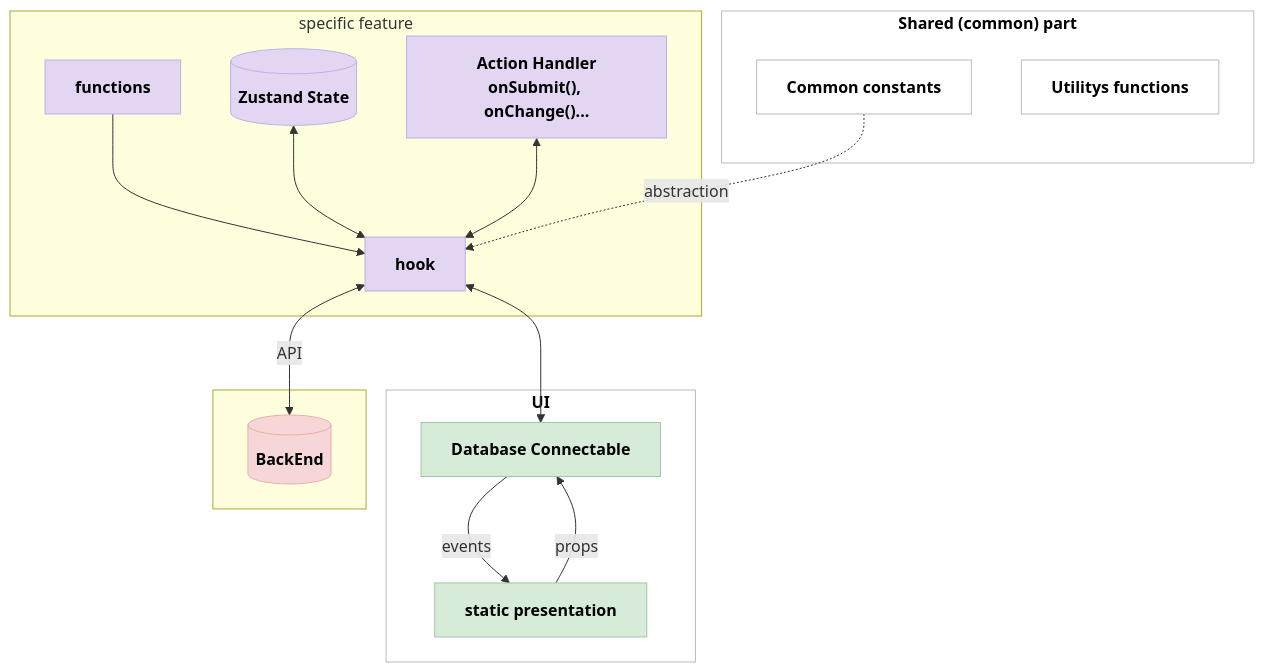
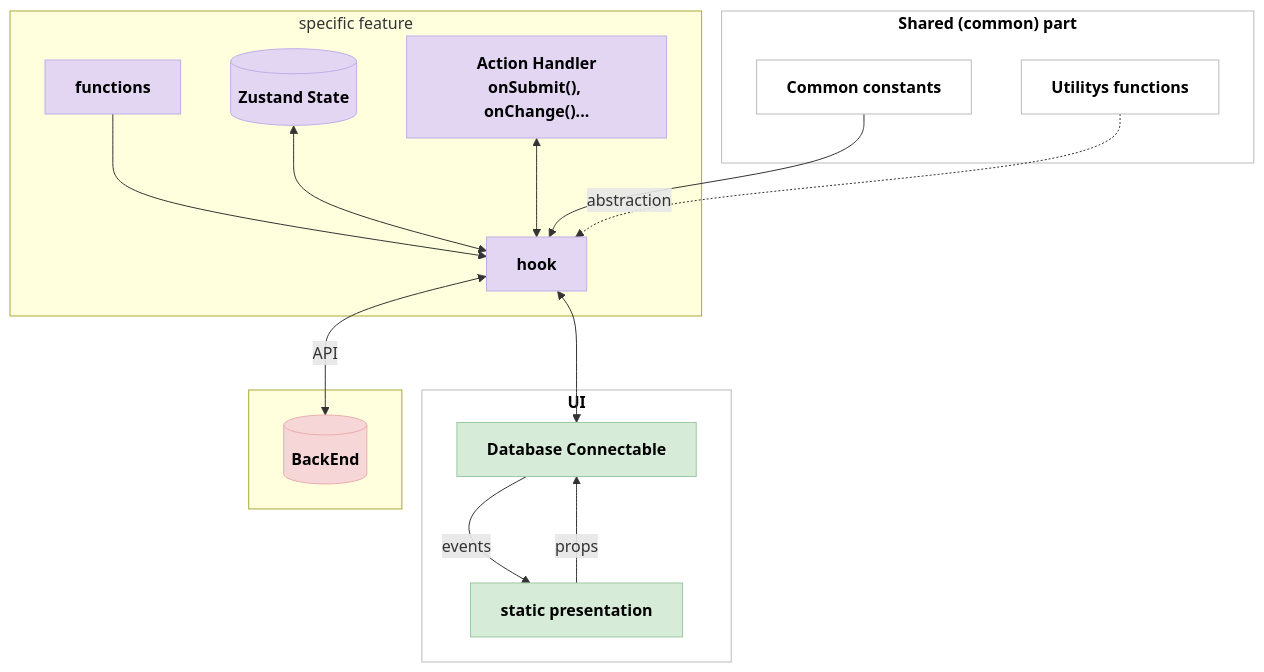
One commit to LyHoaNam/di-ds changed the diagram in component-design/3.3_Component_connect_data.md. Above: the diagram before and after it, drawn with Mermaid.

Commit message:
chore: fix gragh

````diff
--- a/component-design/3.3_Component_connect_data.md
+++ b/component-design/3.3_Component_connect_data.md
@@ -15,56 +15,56 @@
 ```mermaid
 
 flowchart TD
     subgraph ContractFeature["specific feature"]
             F["functions"]
             Z[(Zustand State)]
             AH["Action Handler<br>onSubmit(), onChange()..."]
             HK["hook"]
             F --> HK
             Z <--> HK
             AH <--> HK
     end
 
     subgraph UI["UI"]
         SP["static presentation"]
         DB["Database Connectable"]
         SP -- props --> DB
         DB -- events --> SP
     end
 
 
     HK <--> DB
 
     subgraph SharedPart["Shared (common) part"]
         CC["Common constants"]
         UF["Utilitys functions"]
     end
 
-    CC -. abstraction .-> HK
-
+    CC --> HK
+    UF -. abstraction .-> HK
 
     subgraph BackendAPI[" "]
         BE[(BackEnd)]
     end
 
     HK <-- API --> BE
 
     %% Style blocks
     classDef purpleBox fill:#e2d6f3,stroke:#bfaee9,color:#000000,font-weight:bold;
     classDef greenBox fill:#d7ecd8,stroke:#9dc8a4,color:#000000,font-weight:bold;
     classDef dbBox fill:#d7ecd8,stroke:#9dc8a4,color:#000000,font-weight:bold;
     classDef backendBox fill:#f6d6d6,stroke:#e9aeae,color:#000000,font-weight:bold;
     classDef sharedBox fill:#fff,stroke:#bbb,color:#000000,font-weight:bold;
     classDef uiBox fill:#fff,stroke:#bbb,color:#000000,font-weight:bold;
     classDef stateBox fill:#e2d6f3,stroke:#bfaee9,color:#000000,font-weight:bold;
 
     class F,AH,HK purpleBox;
     class Z stateBox;
     class SP dbBox;
     class DB greenBox;
     class BE backendBox;
     class CC,UF sharedBox;
     class UI uiBox;
     class SharedPart sharedBox;
 
 ```
````
